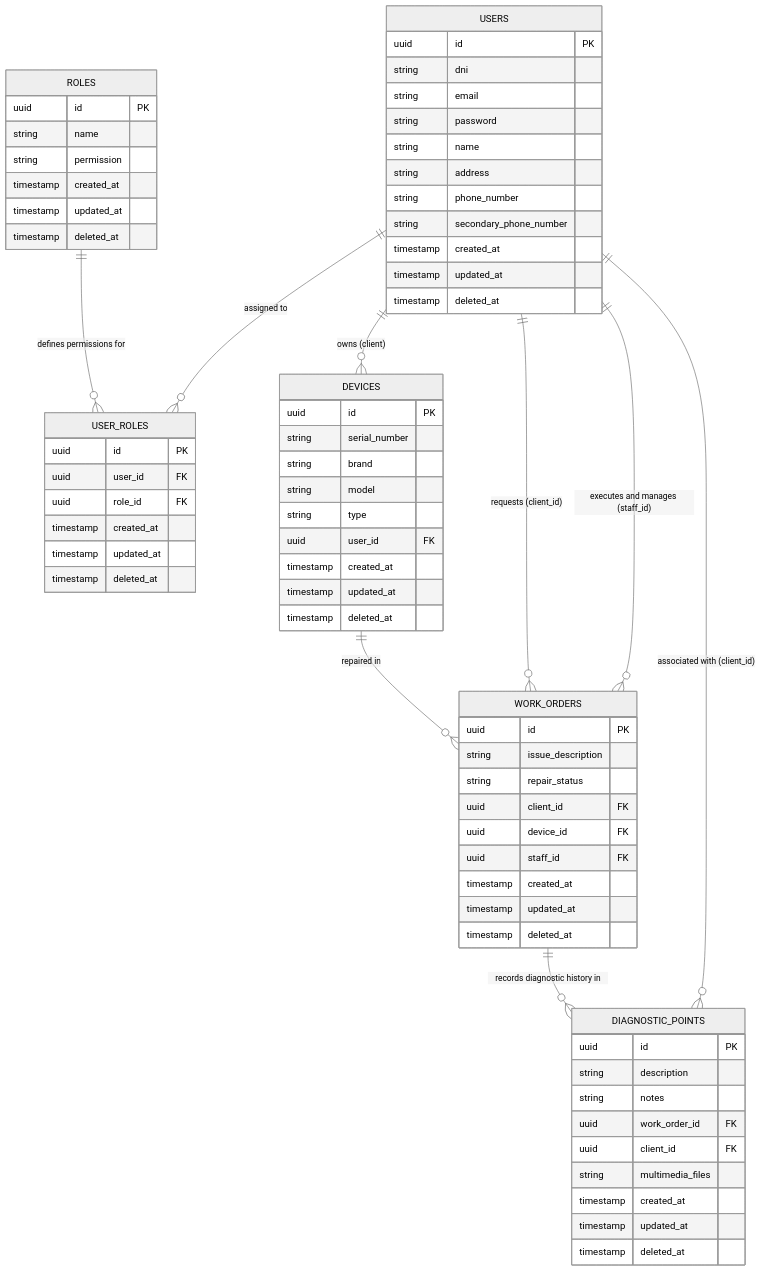
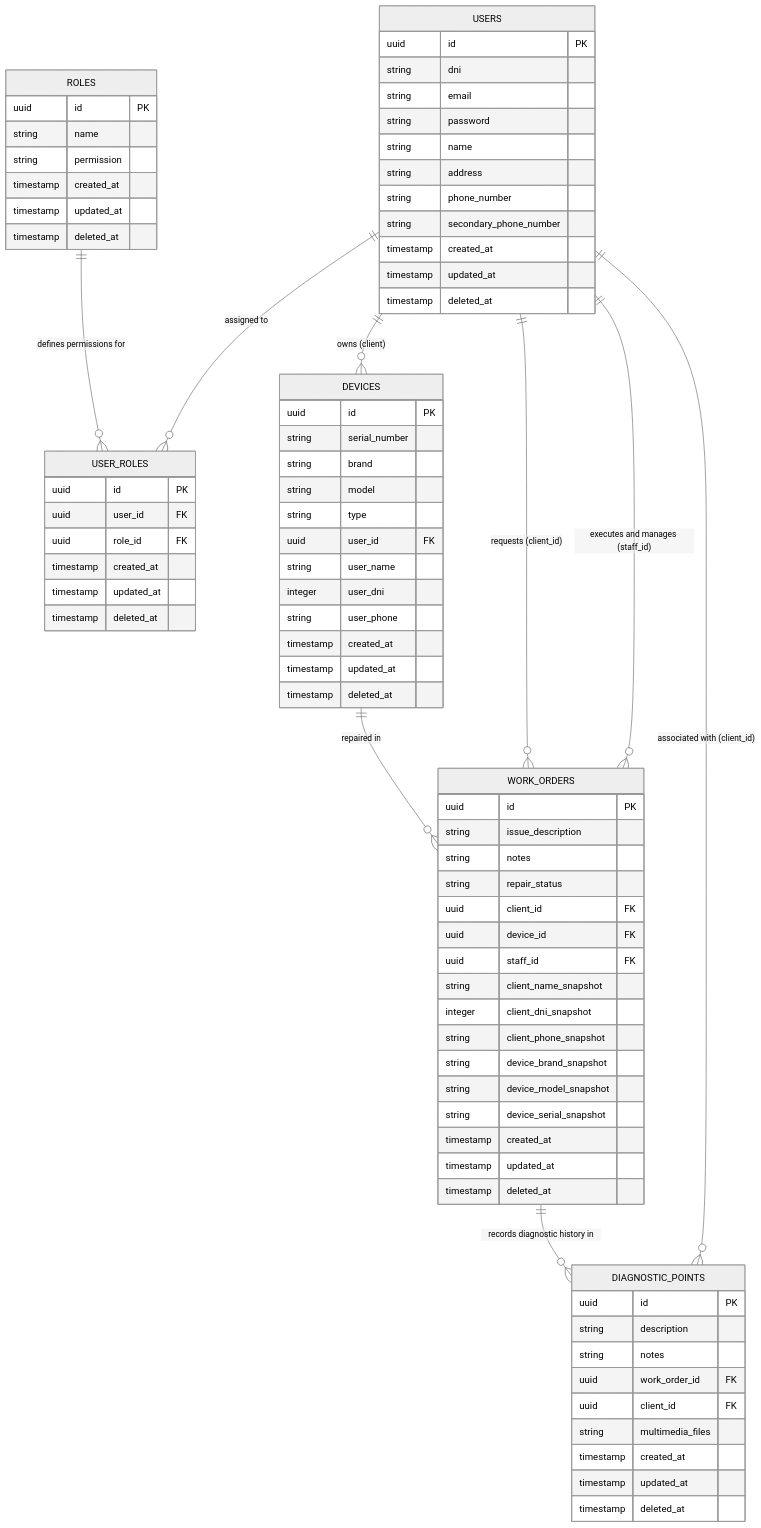
Before and after one commit to mirazopablo/viking-app-go: the diagram in readme.md, drawn with Mermaid (neutral theme). The commit also changed other lines of this file, not shown here.

Commit message:
docs(readme): update ERD diagram and document normalized typeahead search architecture
Updated Mermaid ERD to include client and device snapshot attributes on Device and WorkOrder
entities
Added technical section detailing GET /search live typeahead filtering and public status endpoints

```diff
--- a/readme.md
+++ b/readme.md
@@ -66,6 +66,9 @@
         string model
         string type
         uuid user_id FK
+        string user_name
+        integer user_dni
+        string user_phone
         timestamp created_at
         timestamp updated_at
         timestamp deleted_at
@@ -73,10 +76,17 @@
     WORK_ORDERS {
         uuid id PK
         string issue_description
+        string notes
         string repair_status
         uuid client_id FK
         uuid device_id FK
         uuid staff_id FK
+        string client_name_snapshot
+        integer client_dni_snapshot
+        string client_phone_snapshot
+        string device_brand_snapshot
+        string device_model_snapshot
+        string device_serial_snapshot
         timestamp created_at
         timestamp updated_at
         timestamp deleted_at
```
